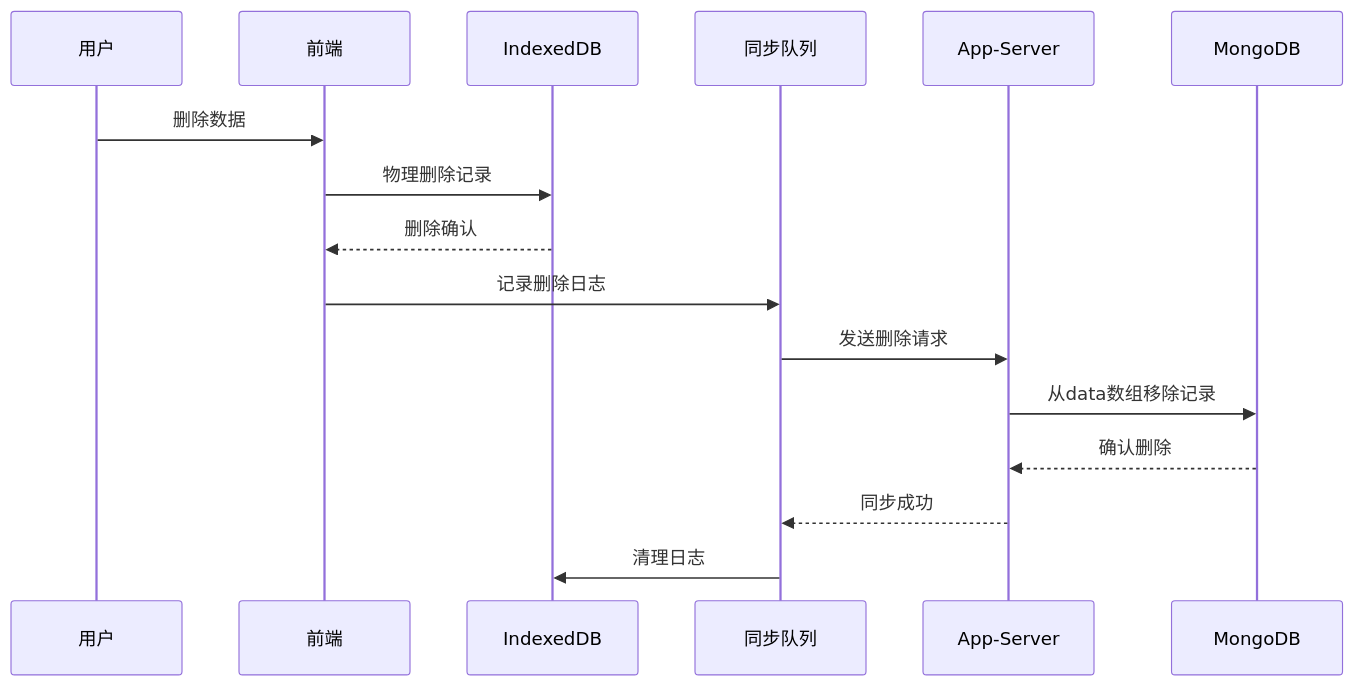
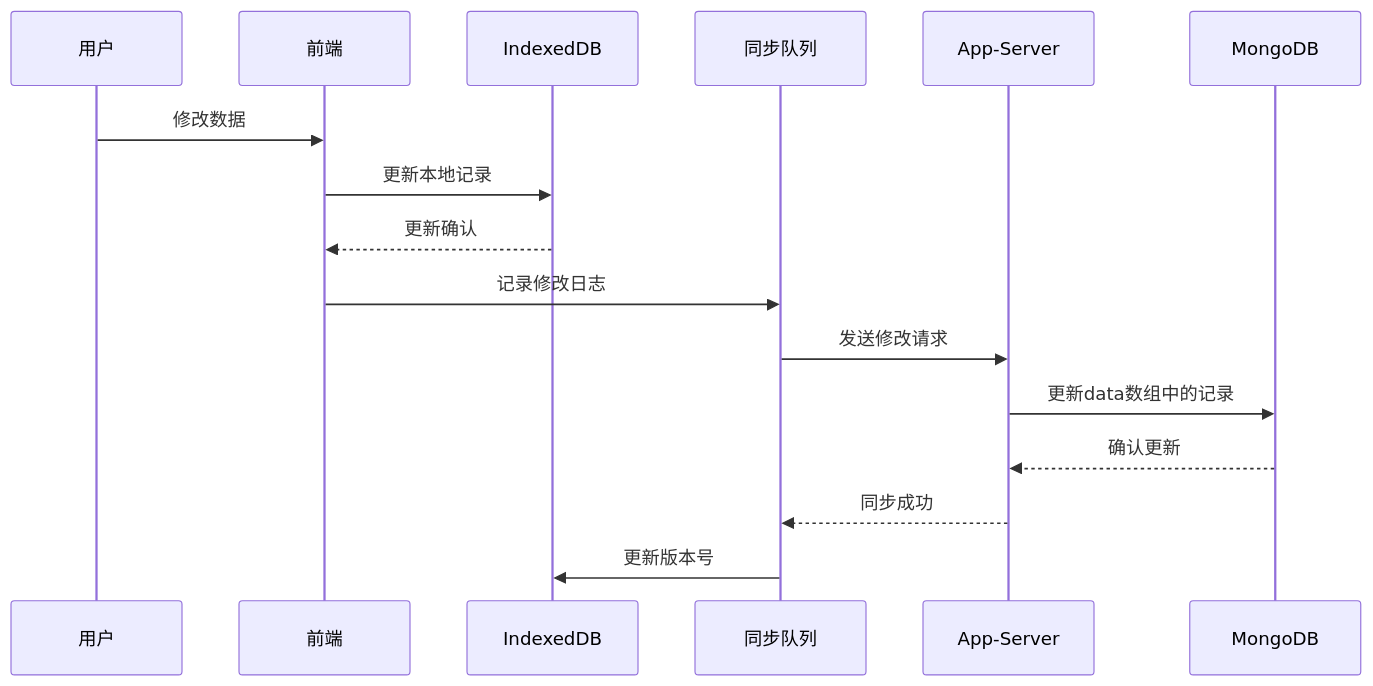
Before and after one commit to yingjianzh/iodraw-files: the diagram in all/未命名-25.md, drawn with Mermaid.

Commit message:
2025-02-21 14:52:31 update

````diff
--- a/all/未命名-25.md
+++ b/all/未命名-25.md
@@ -1,19 +1,19 @@
 ```mermaid
 sequenceDiagram
     participant 用户
     participant 前端
     participant IndexedDB
     participant 同步队列
     participant App-Server
     participant MongoDB
 
-    用户->>前端: 删除数据
-    前端->>IndexedDB: 物理删除记录
-    IndexedDB-->>前端: 删除确认
-    前端->>同步队列: 记录删除日志
-    同步队列->>App-Server: 发送删除请求
-    App-Server->>MongoDB: 从data数组移除记录
-    MongoDB-->>App-Server: 确认删除
+    用户->>前端: 修改数据
+    前端->>IndexedDB: 更新本地记录
+    IndexedDB-->>前端: 更新确认
+    前端->>同步队列: 记录修改日志
+    同步队列->>App-Server: 发送修改请求
+    App-Server->>MongoDB: 更新data数组中的记录
+    MongoDB-->>App-Server: 确认更新
     App-Server-->>同步队列: 同步成功
-    同步队列->>IndexedDB: 清理日志
+    同步队列->>IndexedDB: 更新版本号
 ```
````
